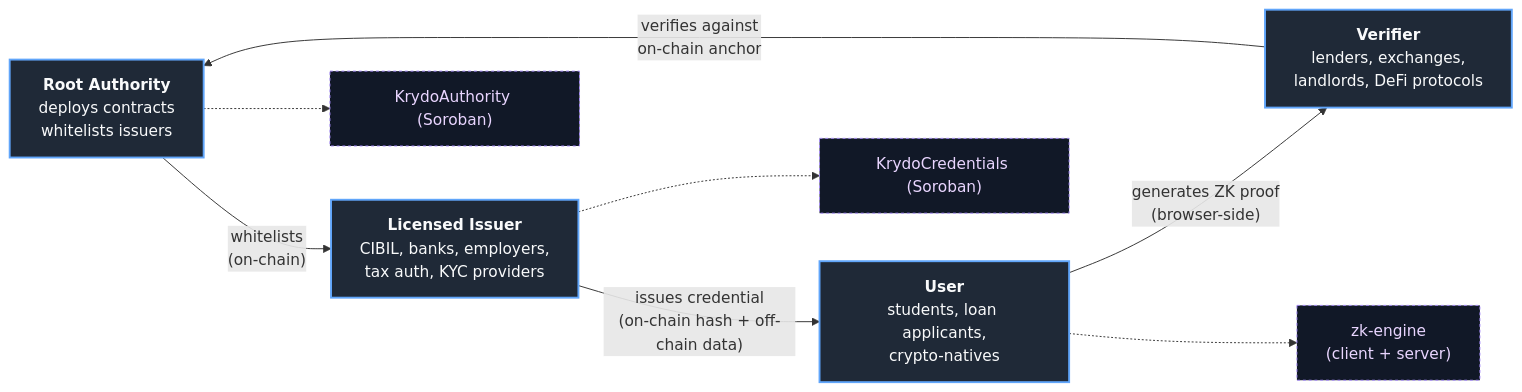
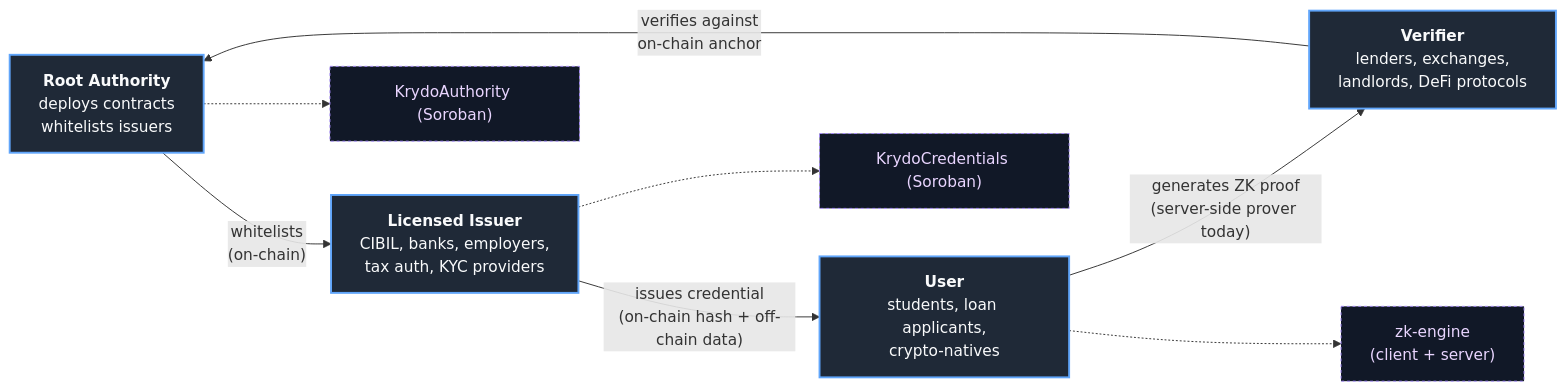
One commit to nishant-uxs/krydo-next changed the first of 3 diagrams in README.md. Above: the diagram before and after it, drawn with Mermaid. The commit also changed other lines of this file and 127 other files, not shown here.

````diff
--- a/README.md
+++ b/README.md
@@ -50,21 +50,21 @@
 ```mermaid
 flowchart LR
     RA["<b>Root Authority</b><br/>deploys contracts<br/>whitelists issuers"]
     ISS["<b>Licensed Issuer</b><br/>CIBIL, banks, employers,<br/>tax auth, KYC providers"]
     USR["<b>User</b><br/>students, loan applicants,<br/>crypto-natives"]
     VER["<b>Verifier</b><br/>lenders, exchanges,<br/>landlords, DeFi protocols"]
 
     RA -- "whitelists<br/>(on-chain)" --> ISS
     ISS -- "issues credential<br/>(on-chain hash + off-chain data)" --> USR
-    USR -- "generates ZK proof<br/>(browser-side)" --> VER
+    USR -- "generates ZK proof<br/>(server-side prover today)" --> VER
     VER -- "verifies against<br/>on-chain anchor" --> RA
 
     RA -.-> KA["KrydoAuthority (Soroban)"]
     ISS -.-> KC["KrydoCredentials (Soroban)"]
     USR -.-> ZK["zk-engine<br/>(client + server)"]
 
     classDef actor fill:#1f2937,stroke:#60a5fa,color:#f9fafb,stroke-width:2px
     classDef contract fill:#111827,stroke:#a78bfa,color:#e9d5ff,stroke-dasharray:3 3
     class RA,ISS,USR,VER actor
     class KA,KC,ZK contract
 ```
````
